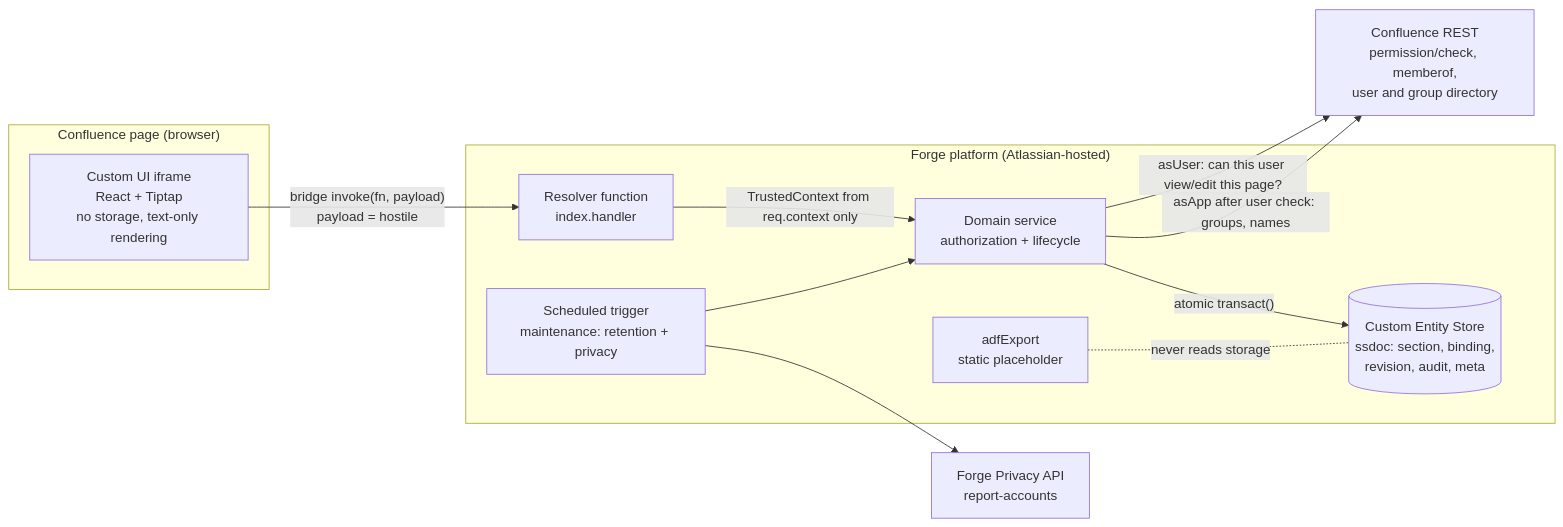
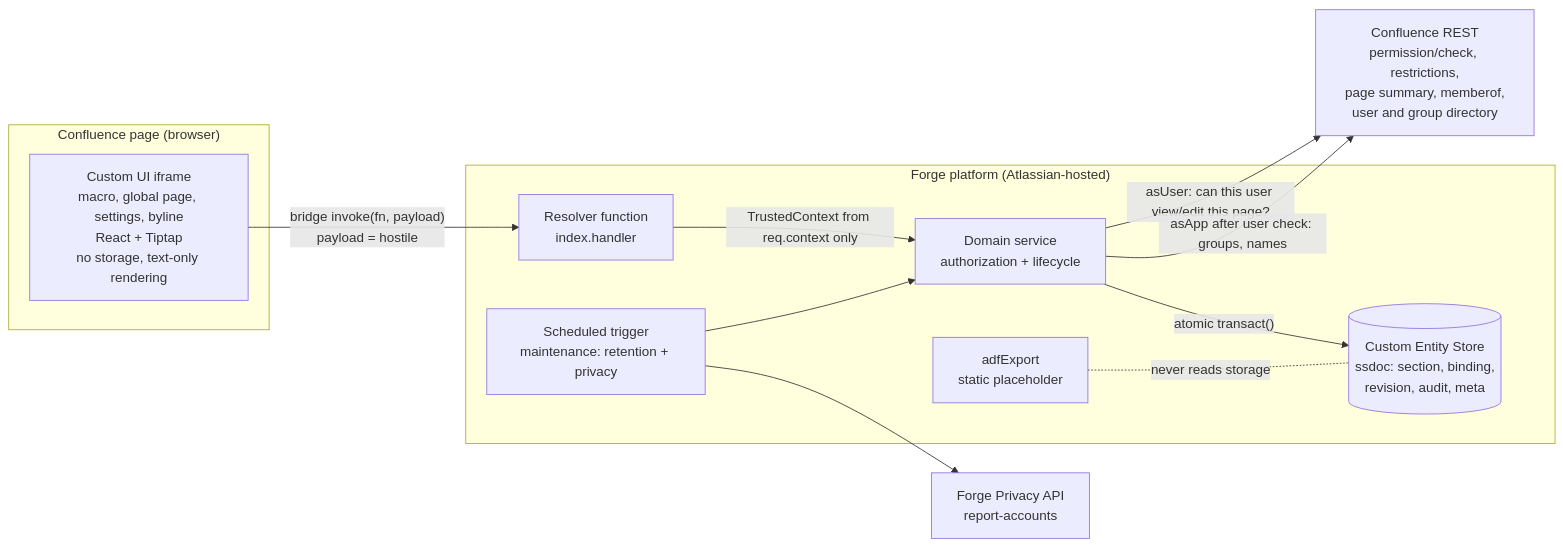
Before and after one commit to ianido/ConfluenceSecZone: the diagram in docs/ARCHITECTURE.md, drawn with Mermaid. The commit also changed other lines of this file and 69 other files, not shown here.

````diff
--- a/docs/ARCHITECTURE.md
+++ b/docs/ARCHITECTURE.md
@@ -27,24 +27,24 @@
 ```mermaid
 flowchart LR
   subgraph Browser["Confluence page (browser)"]
-    UI["Custom UI iframe<br/>React + Tiptap<br/>no storage, text-only rendering"]
+    UI["Custom UI iframe<br/>macro, global page, settings, byline<br/>React + Tiptap<br/>no storage, text-only rendering"]
   end
   subgraph Forge["Forge platform (Atlassian-hosted)"]
     R["Resolver function<br/>index.handler"]
     D["Domain service<br/>authorization + lifecycle"]
     KVS[("Custom Entity Store<br/>ssdoc: section, binding,<br/>revision, audit, meta")]
     M["Scheduled trigger<br/>maintenance: retention + privacy"]
     X["adfExport<br/>static placeholder"]
   end
-  C["Confluence REST<br/>permission/check, memberof,<br/>user and group directory"]
+  C["Confluence REST<br/>permission/check, restrictions,<br/>page summary, memberof,<br/>user and group directory"]
   P["Forge Privacy API<br/>report-accounts"]
 
   UI -- "bridge invoke(fn, payload)<br/>payload = hostile" --> R
   R -- "TrustedContext from req.context only" --> D
   D -- "asUser: can this user view/edit this page?" --> C
   D -- "asApp after user check: groups, names" --> C
   D -- "atomic transact()" --> KVS
   M --> D
   M --> P
   X -. "never reads storage" .- KVS
 ```
````
